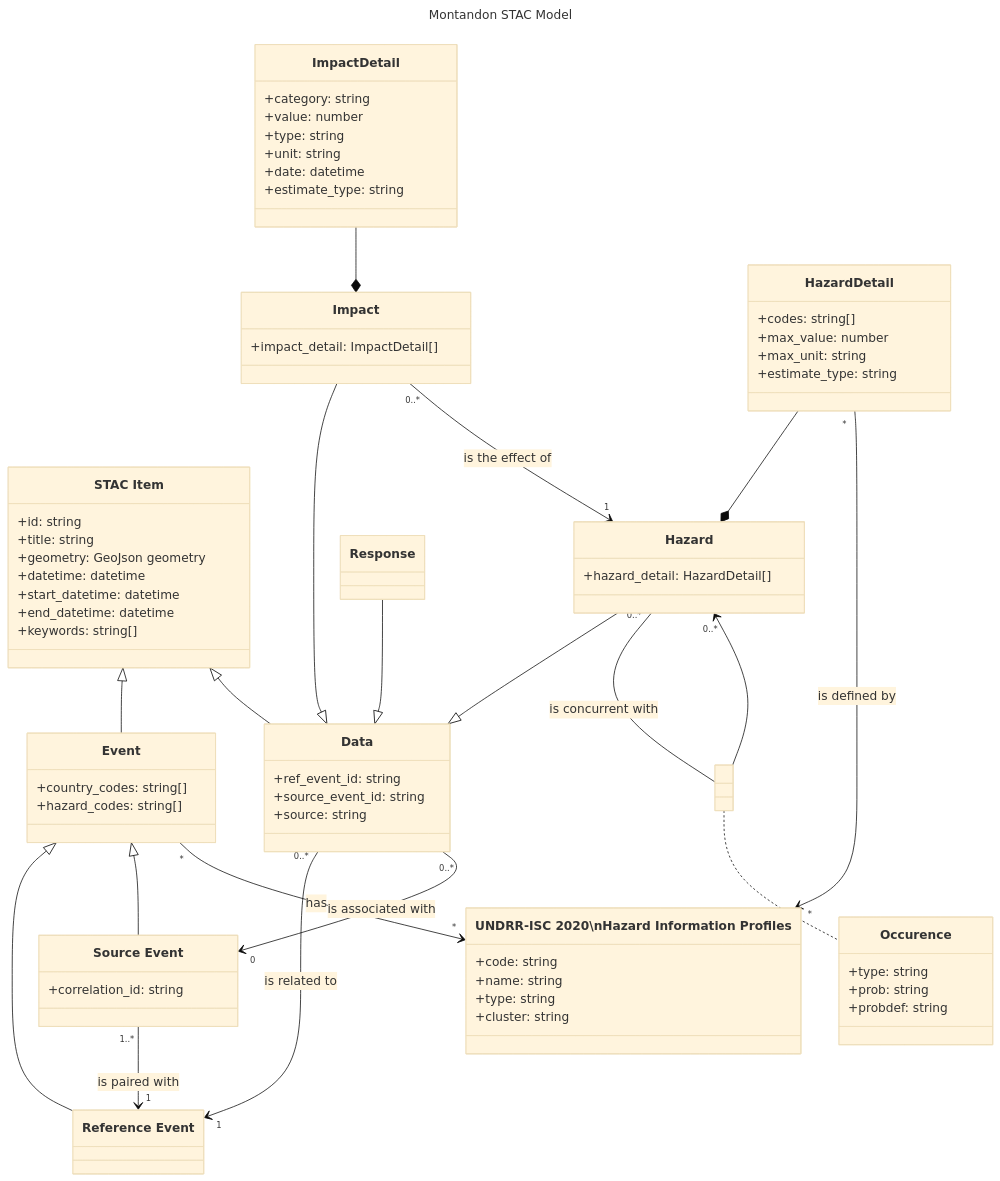
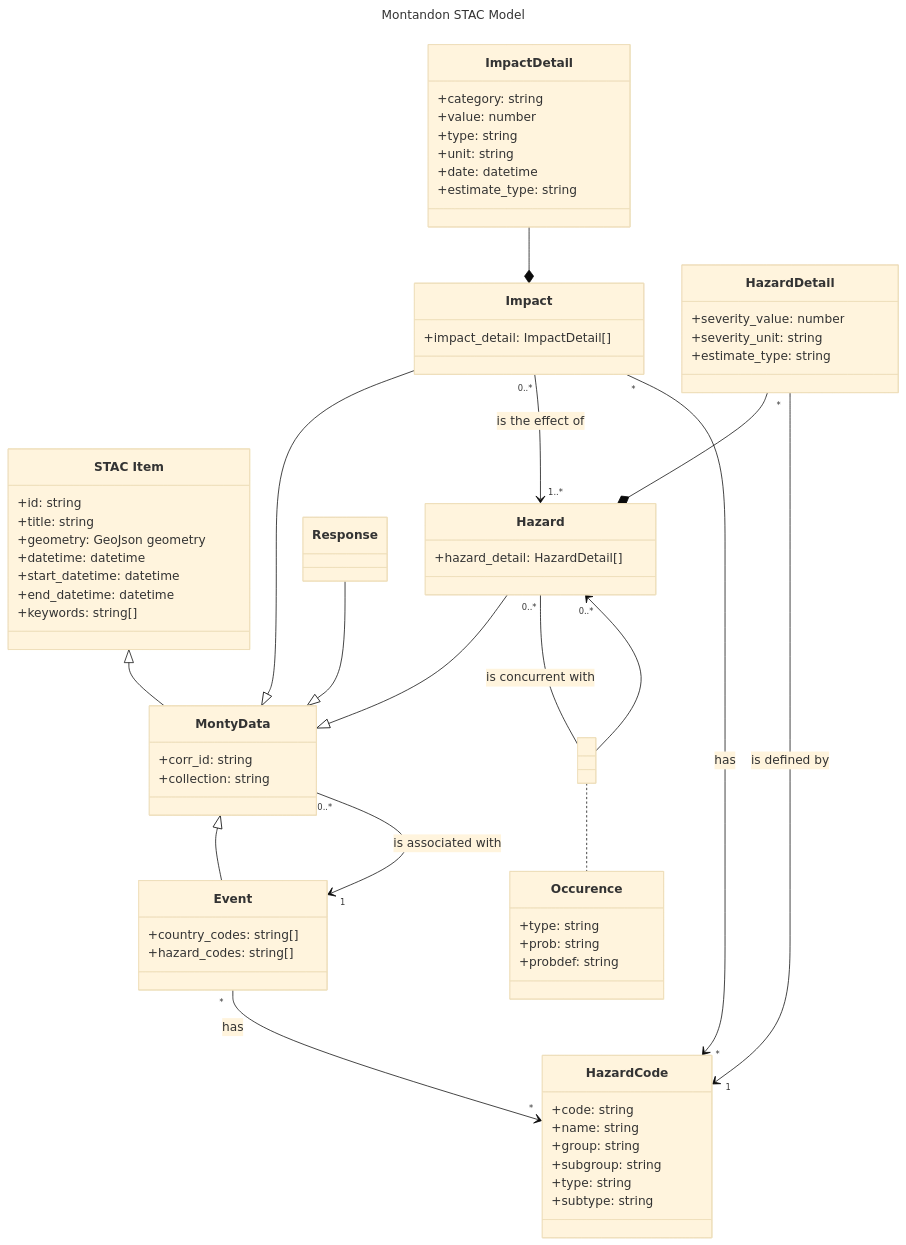
The diagram in model/README.md (IFRCGo/monty-stac-extension), drawn with Mermaid (base theme) before and after one commit. The commit also changed 6 other files, not shown here.

Commit message:
Refactor data model to replace 'Data' with 'MontyData' and update relationships; remove obsolete event pairing documentation

````diff
--- a/model/README.md
+++ b/model/README.md
@@ -67,68 +67,56 @@
         +hazard_codes: string[]
     }
 
-    Item <|-- Event
+    MontyData <|-- Event
 
-    class Data {
-        +ref_event_id: string
-        +source_event_id: string
-        +source: string
+    class MontyData {
+        +corr_id: string
+        +collection: string
     }
 
-    Item <|-- Data
+    Item <|-- MontyData
 
-    class ReferenceEvent["Reference Event"] {
-    }
-
-    class SourceEvent["Source Event"] {
-        +correlation_id: string
-    }
-
-    Data "0..*" --> "1" ReferenceEvent : is related to
-    Data "0..*" --> "0" SourceEvent : is associated with
-
-    Event <|-- ReferenceEvent
-    Event <|-- SourceEvent
-    SourceEvent "1..*" --> "1" ReferenceEvent : is paired with
+    MontyData "0..*" --> "1" Event : is associated with
 
     class Hazard {
         +hazard_detail: HazardDetail[]
     }
 
-    Hazard --|> Data
+    Hazard --|> MontyData
 
     class Impact {
         +impact_detail: ImpactDetail[]
     }
 
-    Impact --|> Data
-    Impact "0..*" --> "1" Hazard : is the effect of
+    Impact --|> MontyData
+    Impact "0..*" --> "1..*" Hazard : is the effect of
 
     class Response {
     }
 
-    Response --|> Data
+    Response --|> MontyData
     
     class HazardDetail {
-        +codes: string[]
-        +max_value: number
-        +max_unit: string
+        +severity_value: number
+        +severity_unit: string
         +estimate_type: string
     }
 
     HazardDetail --* Hazard
     
-    class HazardProfile["UNDRR-ISC 2020\nHazard Information Profiles"] {
+    class HazardCode {
         +code: string
         +name: string
+        +group: string
+        +subgroup: string
         +type: string
-        +cluster: string
+        +subtype: string
     }
 
-    Event "*" --> "*" HazardProfile : has
-    HazardDetail "*" --> "*" HazardProfile : is defined by
+    Event "*" --> "*" HazardCode : has
+    HazardDetail "*" --> "1" HazardCode : is defined by
 
-    link HazardProfile "https://www.preventionweb.net/drr-glossary/hips"
+    link HazardCode "./taxonomy#hazards" "See hazard codes in the taxonomy"
 
     class ac["&ZeroWidthSpace;"] ::: invisible
     Hazard "0..*" -- ac : is concurrent with
@@ -151,6 +139,7 @@
     }
 
     ImpactDetail --* Impact
+    Impact "*" --> "*" HazardCode : has
 
     
 ```
````
